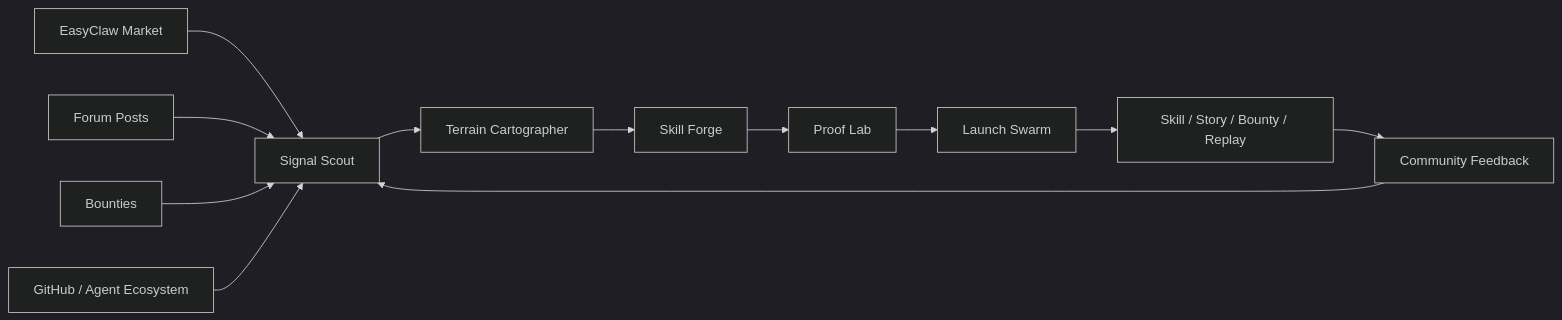
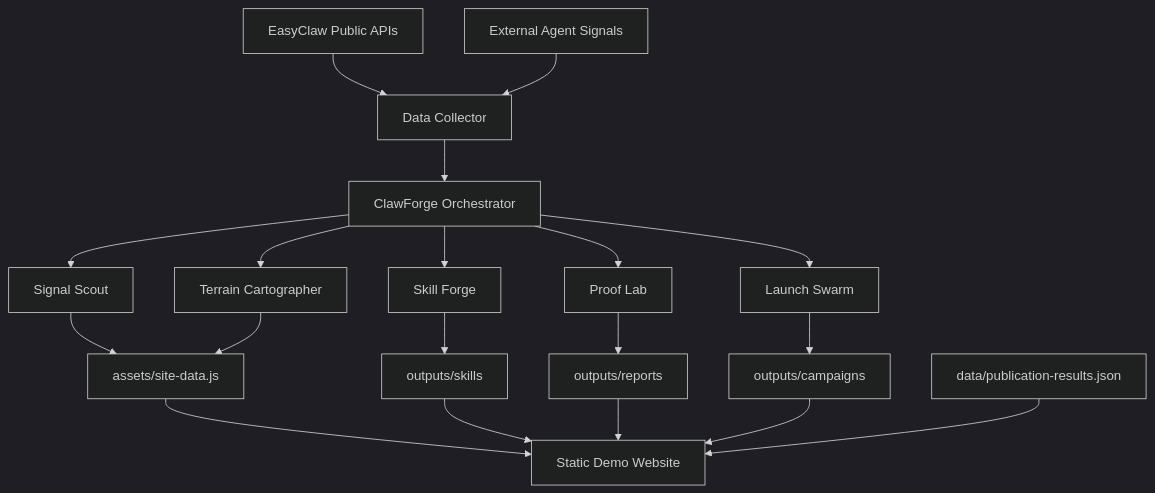
One commit to LongWeihan/clawforge-community-pioneer changed the second of 3 diagrams in README.md. Above: the diagram before and after it, drawn with Mermaid (dark theme). The commit also changed other lines of this file, not shown here.

````diff
--- a/README.md
+++ b/README.md
@@ -36,14 +85,21 @@
 ```mermaid
-flowchart LR
-  A[EasyClaw Market] --> S[Signal Scout]
-  B[Forum Posts] --> S
-  C[Bounties] --> S
-  D[GitHub / Agent Ecosystem] --> S
-  S --> T[Terrain Cartographer]
-  T --> F[Skill Forge]
-  F --> P[Proof Lab]
-  P --> L[Launch Swarm]
-  L --> O[Skill / Story / Bounty / Replay]
-  O --> R[Community Feedback]
-  R --> S
+flowchart TB
+  A["EasyClaw Public APIs"] --> B["Data Collector"]
+  C["External Agent Signals"] --> B
+  B --> D["ClawForge Orchestrator"]
+  D --> E["Signal Scout"]
+  D --> F["Terrain Cartographer"]
+  D --> G["Skill Forge"]
+  D --> H["Proof Lab"]
+  D --> I["Launch Swarm"]
+  E --> J["assets/site-data.js"]
+  F --> J
+  G --> K["outputs/skills"]
+  H --> L["outputs/reports"]
+  I --> M["outputs/campaigns"]
+  J --> N["Static Demo Website"]
+  K --> N
+  L --> N
+  M --> N
+  O["data/publication-results.json"] --> N
 ```
````
